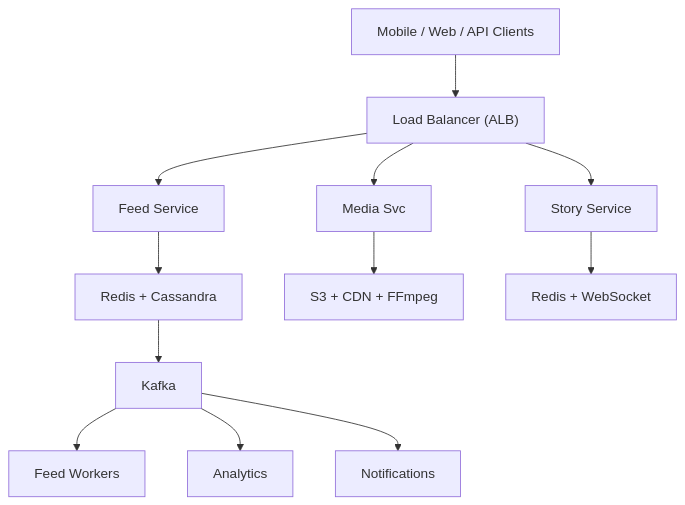
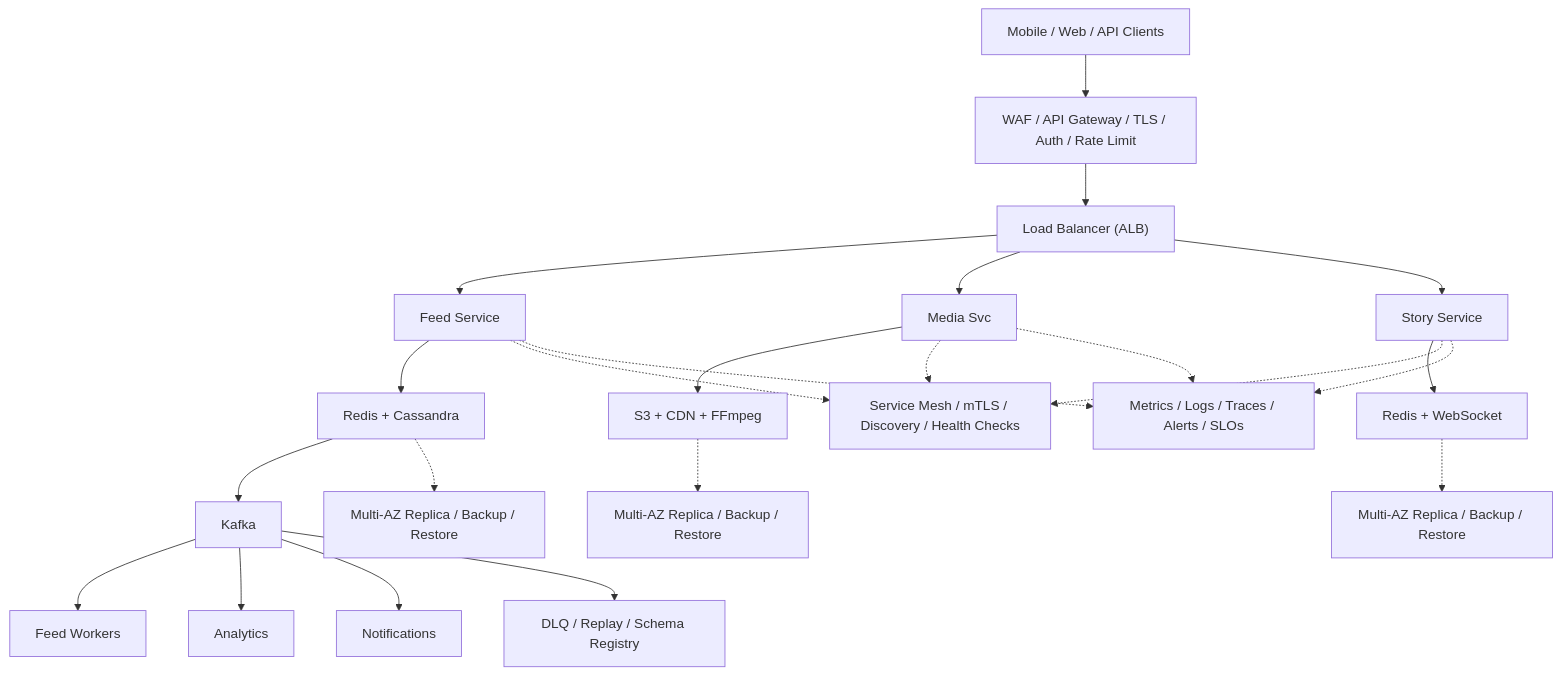
Before and after one commit to aishwary11/system-design: the diagram in system-design-instagram.md, drawn with Mermaid. The commit also changed 31 other files, not shown here.

Commit message:
Add production-grade architecture details

````diff
--- a/system-design-instagram.md
+++ b/system-design-instagram.md
@@ -40,14 +40,25 @@
 ```mermaid
 flowchart TB
-    clients["Mobile / Web / API Clients"] --> lb["Load Balancer (ALB)"]
+    clients["Mobile / Web / API Clients"] --> edge["WAF / API Gateway / TLS / Auth / Rate Limit"]
+    edge --> lb["Load Balancer (ALB)"]
     lb --> svc0["Feed Service"]
     lb --> svc1["Media Svc"]
     lb --> svc2["Story Service"]
     svc0 --> store0["Redis + Cassandra"]
     svc1 --> store1["S3 + CDN + FFmpeg"]
     svc2 --> store2["Redis + WebSocket"]
     store0 --> stream["Kafka"]
     stream --> worker0["Feed Workers"]
     stream --> worker1["Analytics"]
     stream --> worker2["Notifications"]
+    svc0 -.-> platform["Service Mesh / mTLS / Discovery / Health Checks"]
+    svc1 -.-> platform
+    svc2 -.-> platform
+    store0 -.-> backup0["Multi-AZ Replica / Backup / Restore"]
+    store1 -.-> backup1["Multi-AZ Replica / Backup / Restore"]
+    store2 -.-> backup2["Multi-AZ Replica / Backup / Restore"]
+    stream --> dlq["DLQ / Replay / Schema Registry"]
+    svc0 -.-> ops["Metrics / Logs / Traces / Alerts / SLOs"]
+    svc1 -.-> ops
+    svc2 -.-> ops
 ```
````
